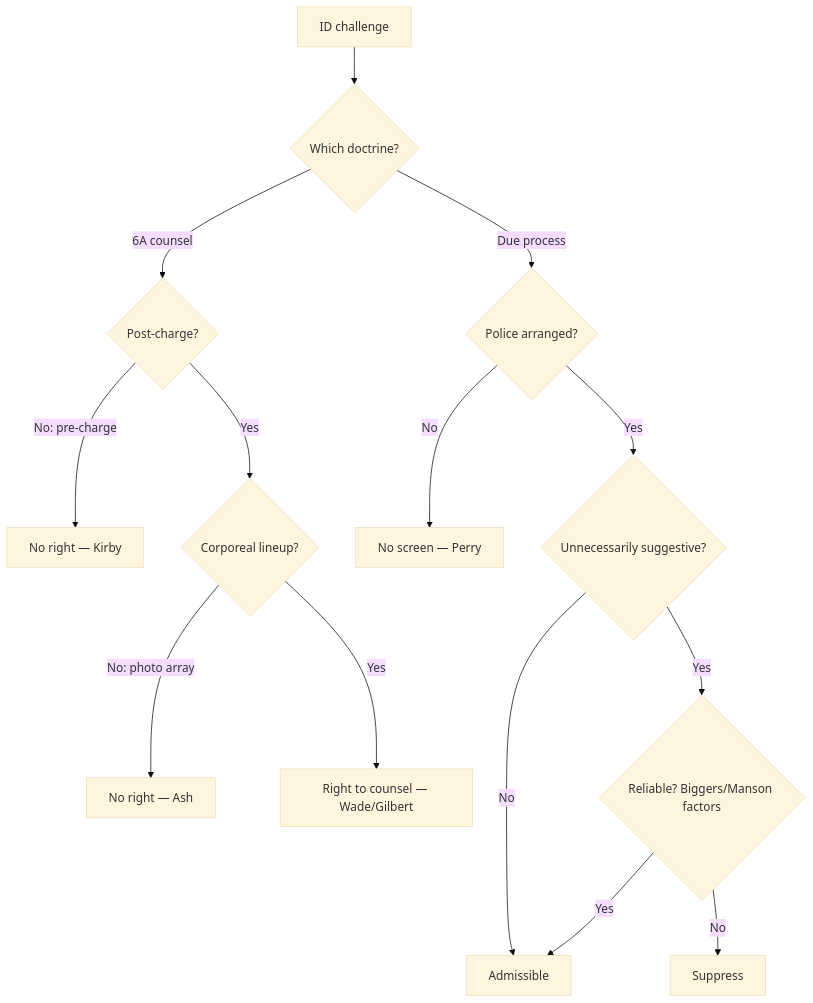
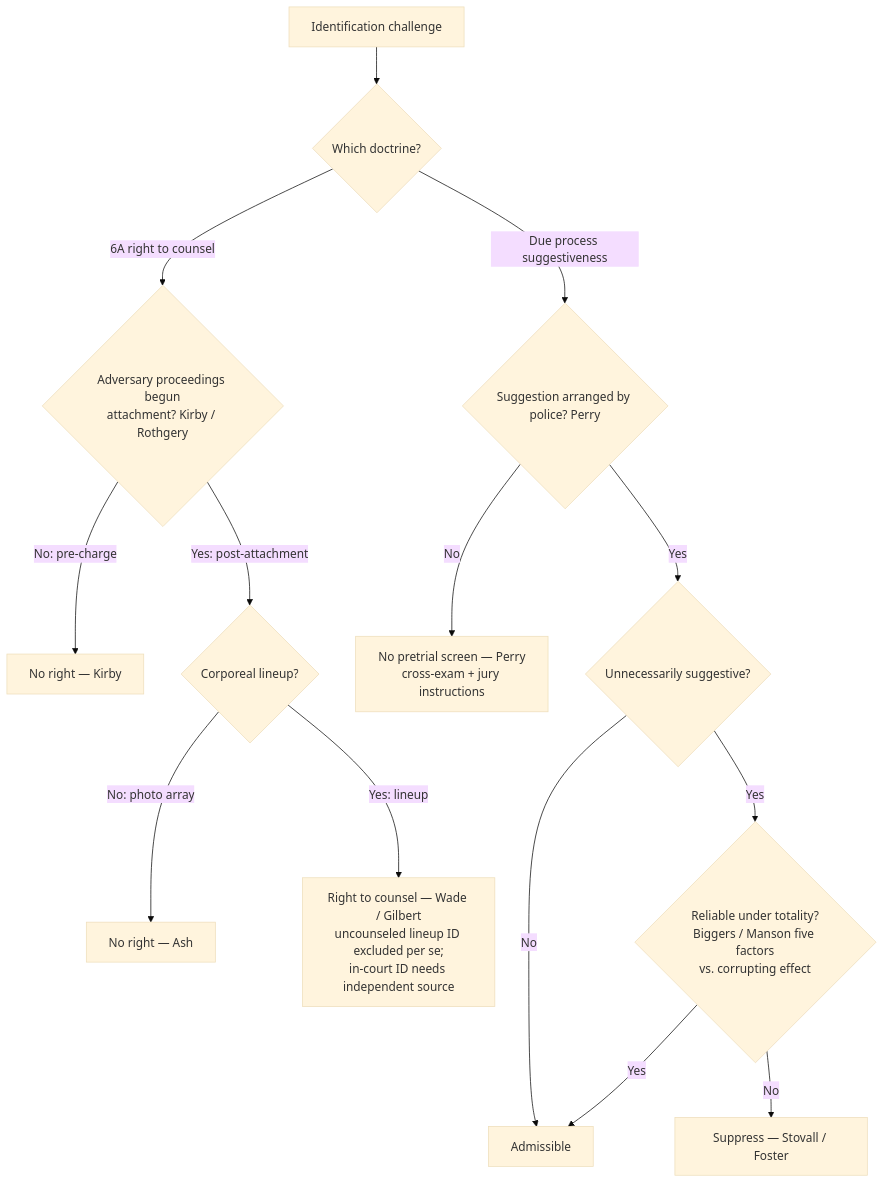
The diagram in content/9-confessions-interrogation/Eyewitness Identification.md (Enragedsaturday/cssi), drawn with Mermaid (base theme) before and after one commit. The commit also changed other lines of this file and 6 other files, not shown here.

````diff
--- a/content/9-confessions-interrogation/Eyewitness Identification.md
+++ b/content/9-confessions-interrogation/Eyewitness Identification.md
@@ -65,16 +79,16 @@
 ```mermaid
 flowchart TD
-    A[ID challenge] --> B{Which doctrine?}
-    B -->|6A counsel| C{Post-charge?}
+    A[Identification challenge] --> B{Which doctrine?}
+    B -->|6A right to counsel| C{Adversary proceedings begun<br/>attachment? Kirby / Rothgery}
     C -->|No: pre-charge| D[No right — Kirby]
-    C -->|Yes| E{Corporeal lineup?}
+    C -->|Yes: post-attachment| E{Corporeal lineup?}
     E -->|No: photo array| F[No right — Ash]
-    E -->|Yes| G[Right to counsel — Wade/Gilbert]
-    B -->|Due process| H{Police arranged?}
-    H -->|No| I[No screen — Perry]
+    E -->|Yes: lineup| G[Right to counsel — Wade / Gilbert<br/>uncounseled lineup ID excluded per se;<br/>in-court ID needs independent source]
+    B -->|Due process suggestiveness| H{Suggestion arranged by police? Perry}
+    H -->|No| I[No pretrial screen — Perry<br/>cross-exam + jury instructions]
     H -->|Yes| J{Unnecessarily suggestive?}
     J -->|No| K[Admissible]
-    J -->|Yes| L{Reliable? Biggers/Manson factors}
+    J -->|Yes| L{Reliable under totality?<br/>Biggers / Manson five factors<br/>vs. corrupting effect}
     L -->|Yes| K
-    L -->|No| M[Suppress]
+    L -->|No| M[Suppress — Stovall / Foster]
 ```
````
